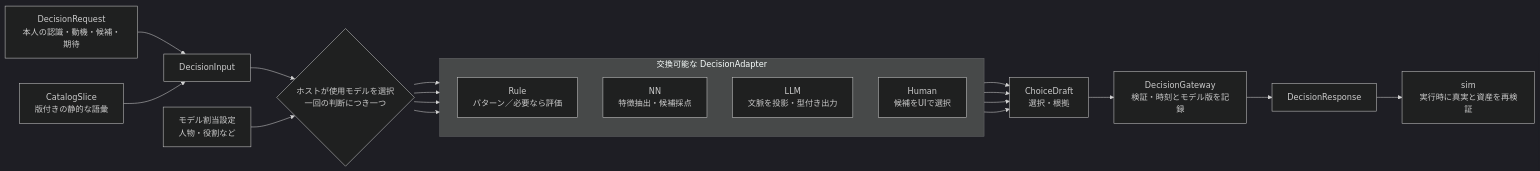
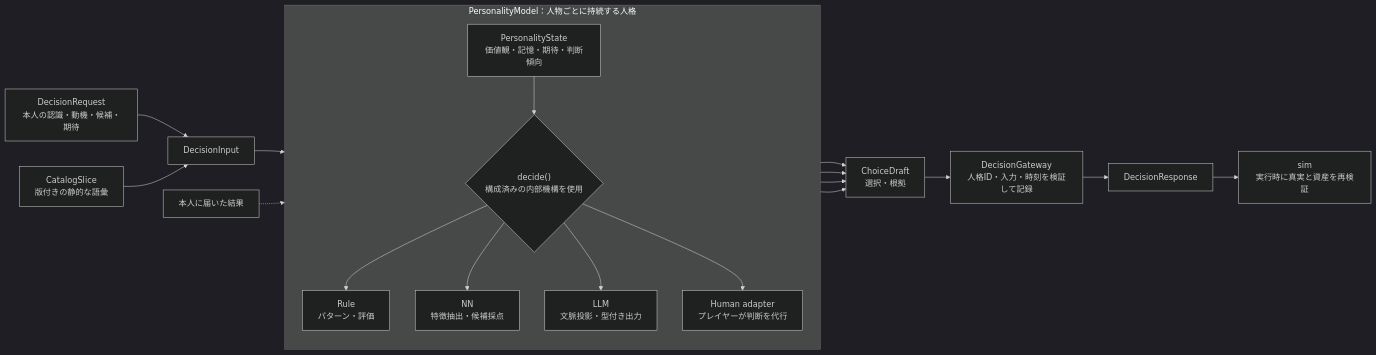
One commit to demerzel09/Medieval-Simulator changed the diagram in docs/AGENT_INTERFACES_v1.md. Above: the diagram before and after it, drawn with Mermaid (dark theme). The commit also changed other lines of this file and 3 other files, not shown here.

Commit message:
Model persistent personality around decision mechanisms

````diff
--- a/docs/AGENT_INTERFACES_v1.md
+++ b/docs/AGENT_INTERFACES_v1.md
@@ -241,27 +247,28 @@
 ```mermaid
 flowchart LR
   req["DecisionRequest<br/>本人の認識・動機・候補・期待"] --> input["DecisionInput"]
   catalog["CatalogSlice<br/>版付きの静的な語彙"] --> input
-  input --> selection{"ホストが使用モデルを選択<br/>一回の判断につき一つ"}
-  assignment["モデル割当設定<br/>人物・役割など"] --> selection
 
-  subgraph adapters["交換可能な DecisionAdapter"]
+  subgraph persona["PersonalityModel：人物ごとに持続する人格"]
     direction TB
-    rule["Rule<br/>パターン／必要なら評価"]
+    state["PersonalityState<br/>価値観・記憶・期待・判断傾向"] --> mechanism{"decide()<br/>構成済みの内部機構を使用"}
+    rule["Rule<br/>パターン・評価"]
     nn["NN<br/>特徴抽出・候補採点"]
-    llm["LLM<br/>文脈を投影・型付き出力"]
-    human["Human<br/>候補をUIで選択"]
+    llm["LLM<br/>文脈投影・型付き出力"]
+    human["Human adapter<br/>プレイヤーが判断を代行"]
+    mechanism --> rule
+    mechanism --> nn
+    mechanism --> llm
+    mechanism --> human
   end
 
-  selection --> rule
-  selection --> nn
-  selection --> llm
-  selection --> human
+  input --> mechanism
+  observed["本人に届いた結果"] -.-> state
   rule --> draft["ChoiceDraft<br/>選択・根拠"]
   nn --> draft
   llm --> draft
   human --> draft
-  draft --> gateway["DecisionGateway<br/>検証・時刻とモデル版を記録"]
+  draft --> gateway["DecisionGateway<br/>人格ID・入力・時刻を検証して記録"]
   gateway --> response["DecisionResponse"]
   response --> sim["sim<br/>実行時に真実と資産を再検証"]
 ```
````
